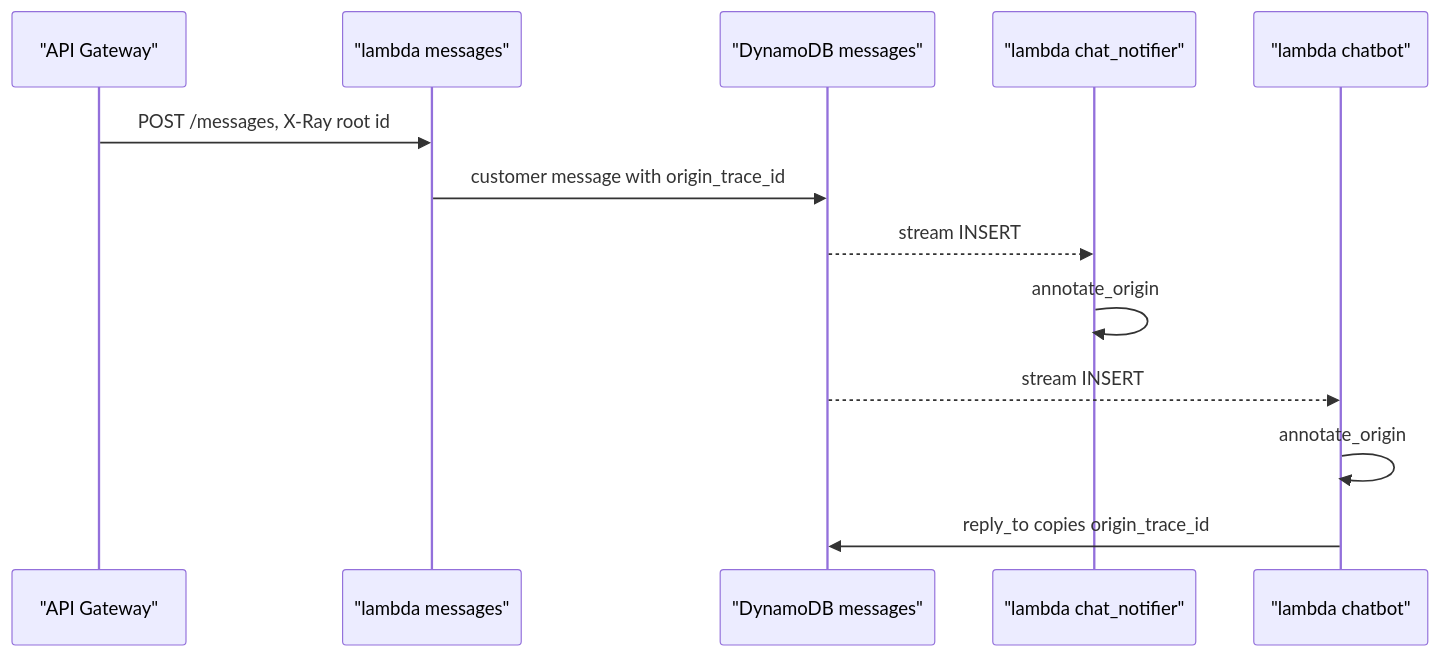
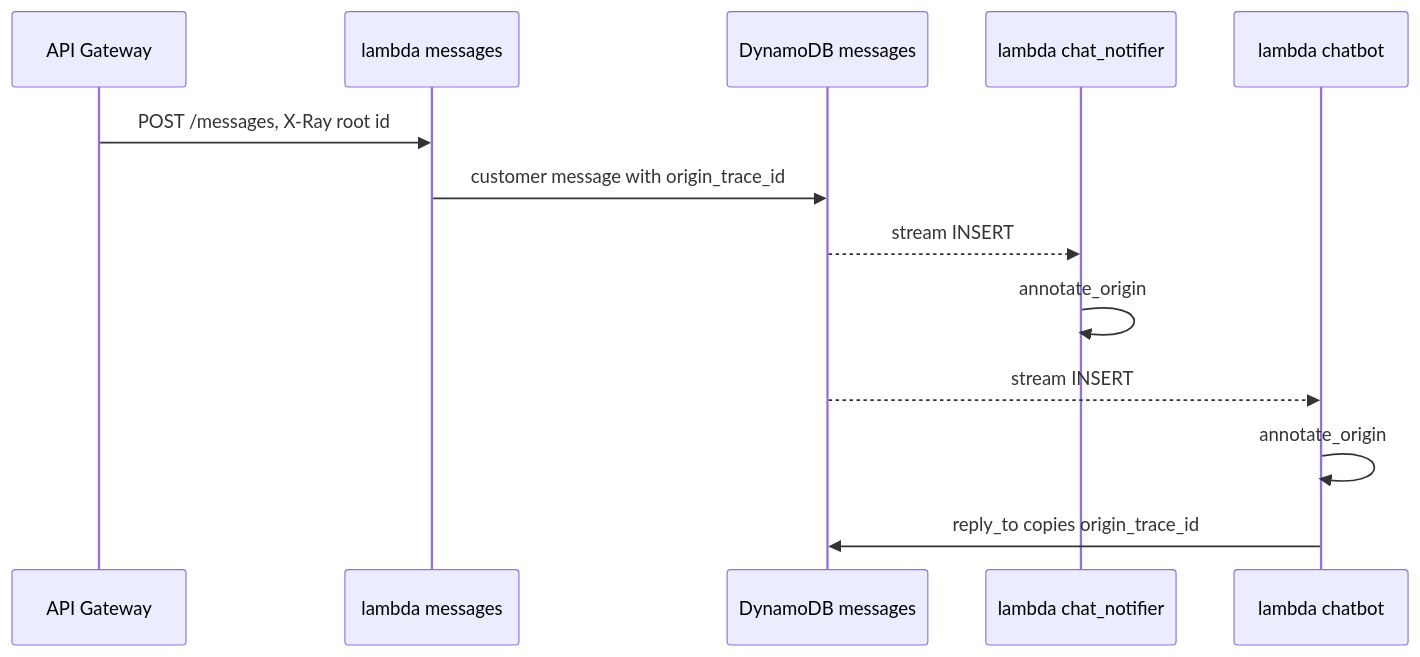
The sixth of 6 diagrams in docs/modules/messaging/flows.md (Team-ACGS/factored-hackathon-2026-acgs), drawn with Mermaid before and after one commit. The commit also changed other lines of this file and 6 other files, not shown here.

Commit message:
docs(assistant,cases,data,identity,messaging): reviewer findings on flows and readme, round 2

````diff
--- a/docs/modules/messaging/flows.md
+++ b/docs/modules/messaging/flows.md
@@ -219,16 +219,16 @@
 ```mermaid
 sequenceDiagram
-    participant API as "API Gateway"
-    participant M as "lambda messages"
-    participant Msgs as "DynamoDB messages"
-    participant N as "lambda chat_notifier"
-    participant C as "lambda chatbot"
+    participant API as API Gateway
+    participant M as lambda messages
+    participant Msgs as DynamoDB messages
+    participant N as lambda chat_notifier
+    participant C as lambda chatbot
 
     API->>M: POST /messages, X-Ray root id
     M->>Msgs: customer message with origin_trace_id
     Msgs-->>N: stream INSERT
     N->>N: annotate_origin
     Msgs-->>C: stream INSERT
     C->>C: annotate_origin
     C->>Msgs: reply_to copies origin_trace_id
 ```
````
